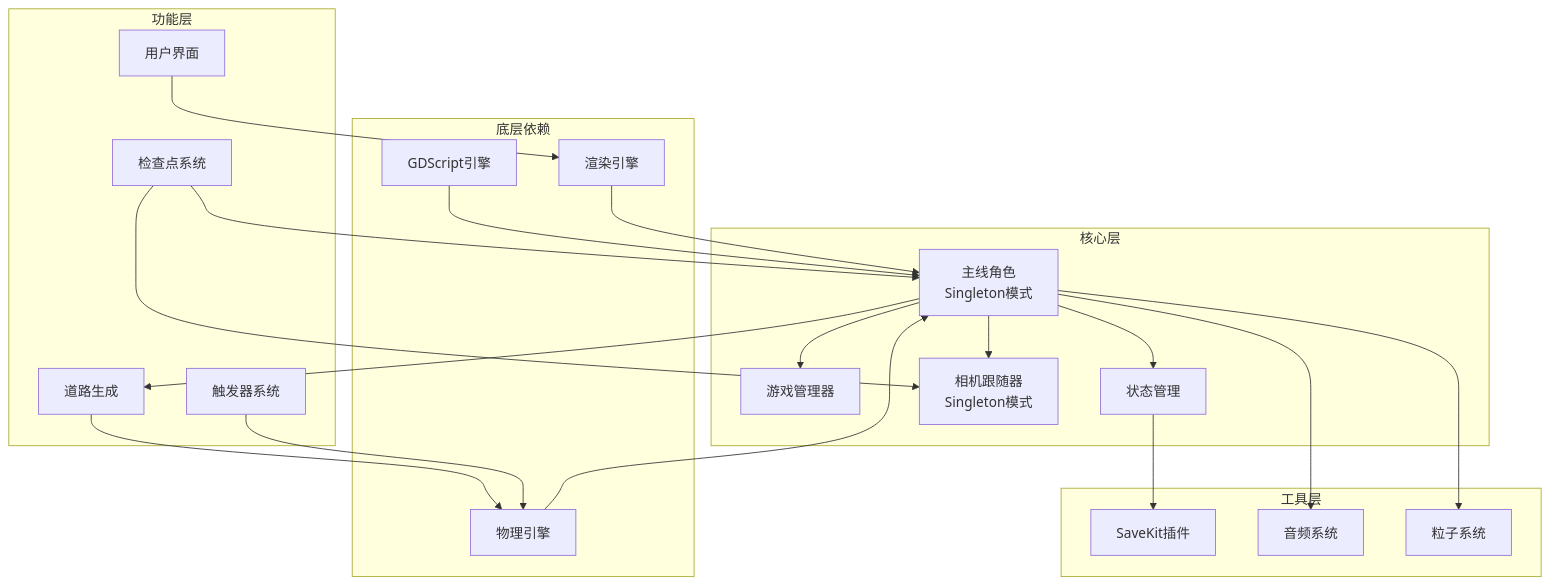
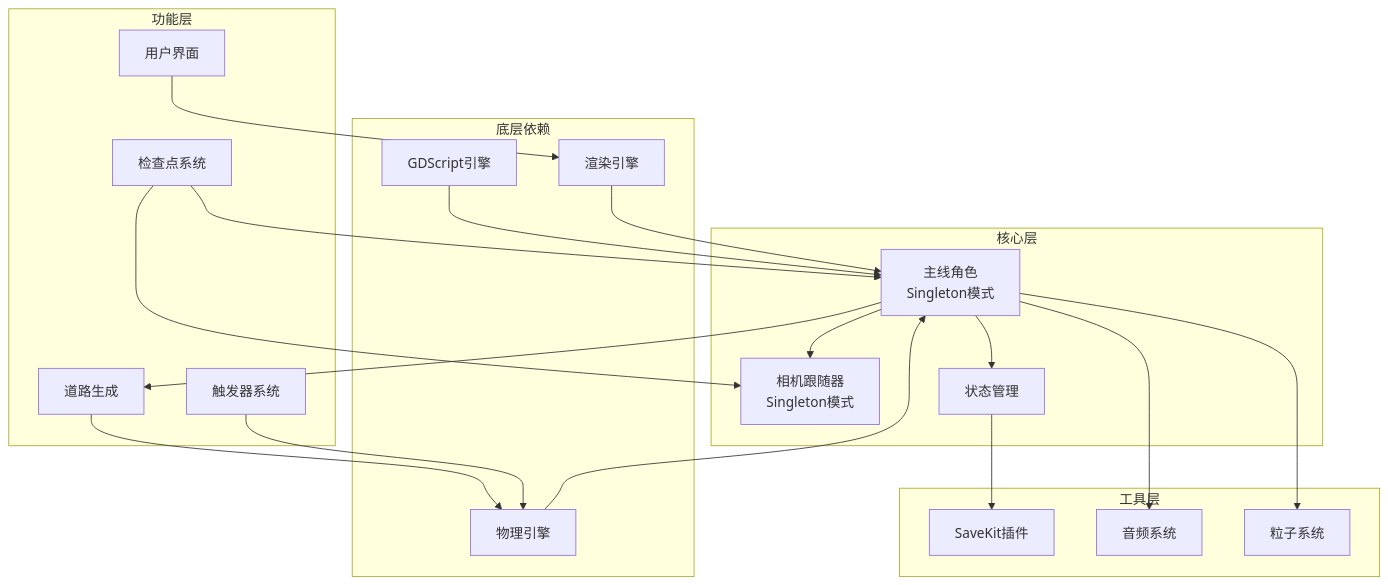
One commit to godotline/godot-line changed diagram 12 of 13 in .qoder/repowiki/zh/content/Mainline Script.md. Above: the diagram before and after it, drawn with Mermaid. The commit also changed other lines of this file and 13 other files, not shown here.

````diff
--- a/.qoder/repowiki/zh/content/Mainline Script.md
+++ b/.qoder/repowiki/zh/content/Mainline Script.md
@@ -512,40 +498,38 @@
 ```mermaid
 graph TD
 subgraph "底层依赖"
 GDScript[GDScript引擎]
 Physics[物理引擎]
 Rendering[渲染引擎]
 end
 subgraph "核心层"
 Player[主线角色<br/>Singleton模式]
-GameManager[游戏管理器]
+CameraFollower[相机跟随器<br/>Singleton模式]
 State[状态管理]
-CameraFollower[相机跟随器<br/>Singleton模式]
 end
 subgraph "功能层"
 RoadMaker[道路生成]
 Triggers[触发器系统]
 UI[用户界面]
 Checkpoint[检查点系统]
 end
 subgraph "工具层"
 SaveKit[SaveKit插件]
 Audio[音频系统]
 Particles[粒子系统]
 end
 GDScript --> Player
 Physics --> Player
 Rendering --> Player
 Player --> RoadMaker
 Player --> State
-Player --> GameManager
 Player --> CameraFollower
 RoadMaker --> Physics
 Triggers --> Physics
 UI --> Rendering
 Checkpoint --> Player
 Checkpoint --> CameraFollower
 State --> SaveKit
 Player --> Audio
 Player --> Particles
 ```
````
